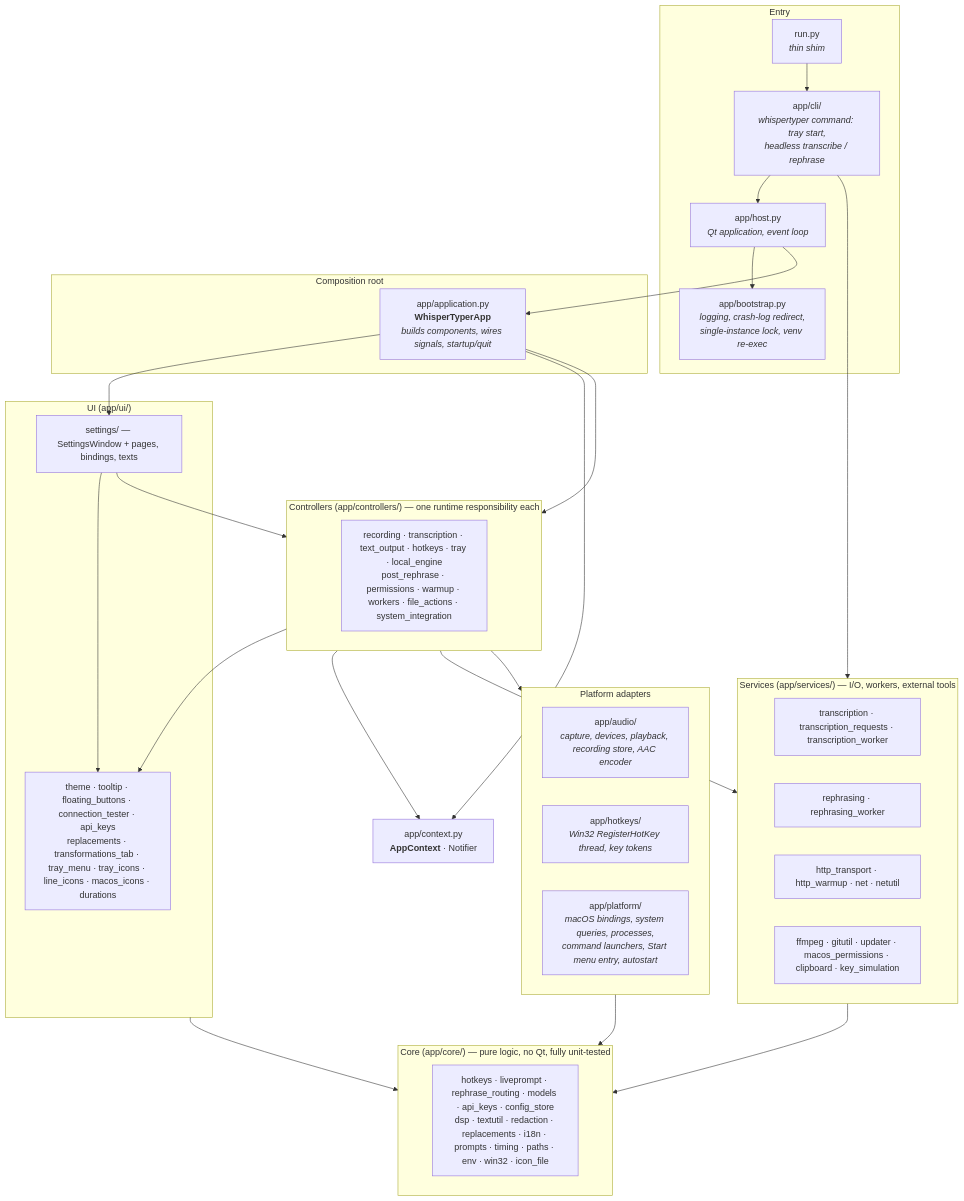
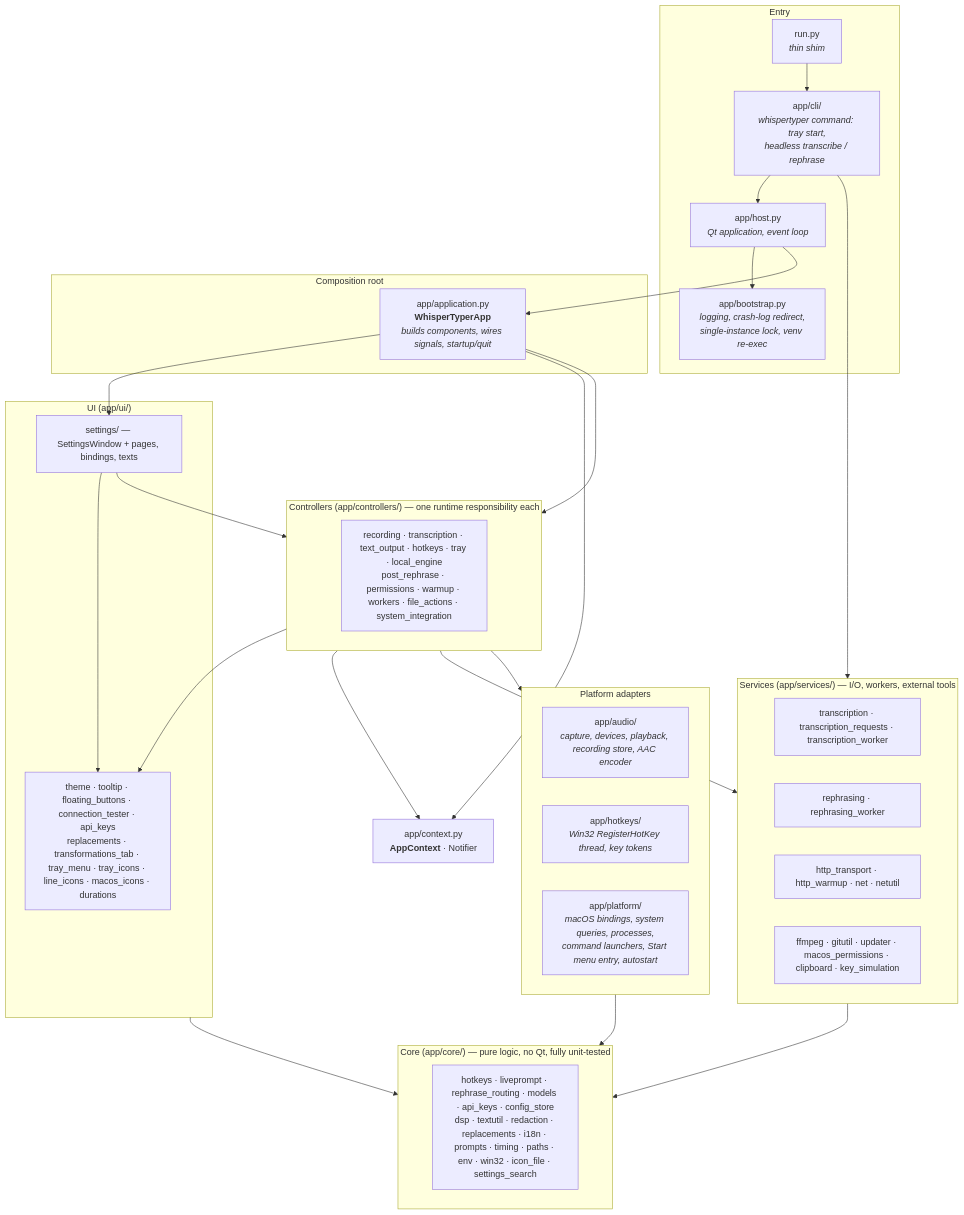
The first of 2 diagrams in docs/ARCHITECTURE.md (bjspi/WhisperTyper), drawn with Mermaid before and after one commit. The commit also changed other lines of this file and 14 other files, not shown here.

First line of the commit message:
feat(settings): search the settings

````diff
--- a/docs/ARCHITECTURE.md
+++ b/docs/ARCHITECTURE.md
@@ -23,59 +23,59 @@
 ```mermaid
 flowchart TB
     subgraph entry ["Entry"]
         RUN["run.py<br/><i>thin shim</i>"]
         CLI["app/cli/<br/><i>whispertyper command: tray start,<br/>headless transcribe / rephrase</i>"]
         HOST["app/host.py<br/><i>Qt application, event loop</i>"]
         BOOT["app/bootstrap.py<br/><i>logging, crash-log redirect,<br/>single-instance lock, venv re-exec</i>"]
     end
 
     subgraph comp ["Composition root"]
         APP["app/application.py<br/><b>WhisperTyperApp</b><br/><i>builds components, wires signals, startup/quit</i>"]
     end
 
     subgraph controllers ["Controllers (app/controllers/) — one runtime responsibility each"]
         CTRL["recording · transcription · text_output · hotkeys · tray · local_engine<br/>post_rephrase · permissions · warmup · workers · file_actions · system_integration"]
     end
 
     subgraph ui ["UI (app/ui/)"]
         SET["settings/ — SettingsWindow + pages, bindings, texts"]
         UIW["theme · tooltip · floating_buttons · connection_tester · api_keys<br/>replacements · transformations_tab · tray_menu · tray_icons · line_icons · macos_icons · durations"]
     end
 
     subgraph services ["Services (app/services/) — I/O, workers, external tools"]
         TW["transcription · transcription_requests · transcription_worker"]
         RW["rephrasing · rephrasing_worker"]
         NET["http_transport · http_warmup · net · netutil"]
         TOOLS["ffmpeg · gitutil · updater · macos_permissions · clipboard · key_simulation"]
     end
 
     subgraph platform ["Platform adapters"]
         AUD["app/audio/<br/><i>capture, devices, playback, recording store, AAC encoder</i>"]
         HK["app/hotkeys/<br/><i>Win32 RegisterHotKey thread, key tokens</i>"]
         OS["app/platform/<br/><i>macOS bindings, system queries, processes,<br/>command launchers, Start menu entry, autostart</i>"]
     end
 
     subgraph core ["Core (app/core/) — pure logic, no Qt, fully unit-tested"]
-        CORE["hotkeys · liveprompt · rephrase_routing · models · api_keys · config_store<br/>dsp · textutil · redaction · replacements · i18n · prompts · timing · paths · env · win32 · icon_file"]
+        CORE["hotkeys · liveprompt · rephrase_routing · models · api_keys · config_store<br/>dsp · textutil · redaction · replacements · i18n · prompts · timing · paths · env · win32 · icon_file · settings_search"]
     end
 
     CTX["app/context.py<br/><b>AppContext</b> · Notifier"]
 
     RUN --> CLI
     CLI --> HOST
     CLI --> services
     HOST --> BOOT
     HOST --> APP
     APP --> controllers
     APP --> SET
     APP --> CTX
     SET --> controllers
     controllers --> CTX
     controllers --> services
     controllers --> platform
     controllers --> UIW
     SET --> UIW
     services --> core
     ui --> core
     platform --> core
 ```
````
